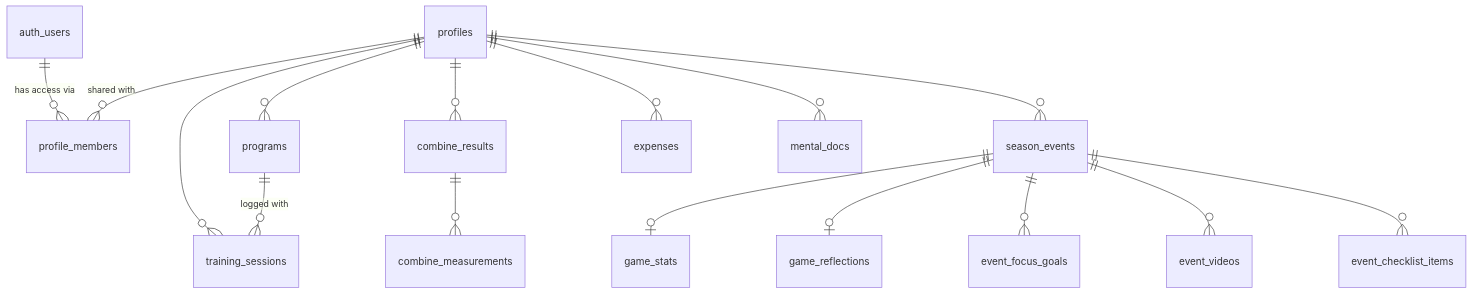
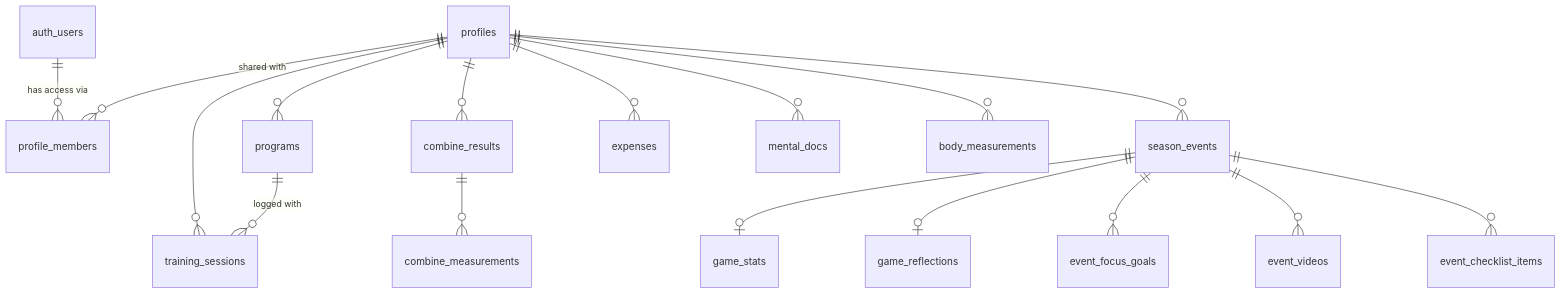
The diagram in docs/supabase.md (Princa/LaxPocket), drawn with Mermaid before and after one commit. The commit also changed other lines of this file and 22 other files, not shown here.

First line of the commit message:
Health tracking: height and weight log, growth rate and trend charts

````diff
--- a/docs/supabase.md
+++ b/docs/supabase.md
@@ -23,18 +25,19 @@
 ```mermaid
 erDiagram
     auth_users ||--o{ profile_members : "has access via"
     profiles ||--o{ profile_members : "shared with"
     profiles ||--o{ programs : ""
     profiles ||--o{ training_sessions : ""
     programs ||--o{ training_sessions : "logged with"
     profiles ||--o{ combine_results : ""
     combine_results ||--o{ combine_measurements : ""
     profiles ||--o{ season_events : ""
     season_events ||--o| game_stats : ""
     season_events ||--o| game_reflections : ""
     season_events ||--o{ event_focus_goals : ""
     season_events ||--o{ event_videos : ""
     season_events ||--o{ event_checklist_items : ""
     profiles ||--o{ expenses : ""
     profiles ||--o{ mental_docs : ""
+    profiles ||--o{ body_measurements : ""
 ```
````
